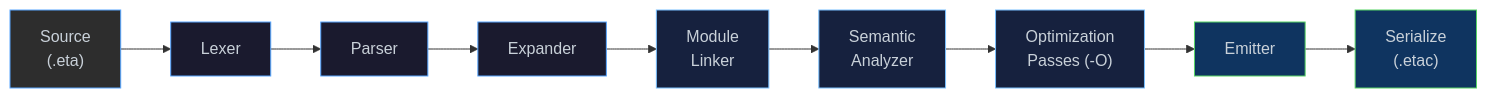
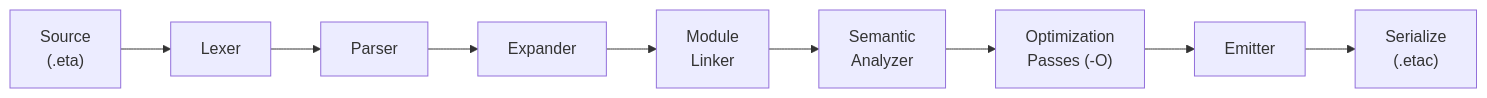
Before and after one commit to lewismj/eta: the first of 2 diagrams in docs/guide/reference/compiler.md, drawn with Mermaid. The commit also changed other lines of this file and 20 other files, not shown here.

````diff
--- a/docs/guide/reference/compiler.md
+++ b/docs/guide/reference/compiler.md
@@ -74,21 +74,11 @@
 ```mermaid
 flowchart LR
     SRC["Source\n(.eta)"] --> LEX["Lexer"]
     LEX --> PAR["Parser"]
     PAR --> EXP["Expander"]
     EXP --> LNK["Module\nLinker"]
     LNK --> SEM["Semantic\nAnalyzer"]
     SEM --> OPT["Optimization\nPasses  (-O)"]
     OPT --> EMT["Emitter"]
     EMT --> SER["Serialize\n(.etac)"]
-
-    style SRC fill:#2d2d2d,stroke:#58a6ff,color:#c9d1d9
-    style LEX fill:#1a1a2e,stroke:#58a6ff,color:#c9d1d9
-    style PAR fill:#1a1a2e,stroke:#58a6ff,color:#c9d1d9
-    style EXP fill:#1a1a2e,stroke:#58a6ff,color:#c9d1d9
-    style LNK fill:#16213e,stroke:#79c0ff,color:#c9d1d9
-    style SEM fill:#16213e,stroke:#79c0ff,color:#c9d1d9
-    style OPT fill:#16213e,stroke:#79c0ff,color:#c9d1d9
-    style EMT fill:#0f3460,stroke:#56d364,color:#c9d1d9
-    style SER fill:#0f3460,stroke:#56d364,color:#c9d1d9
 ```
````
